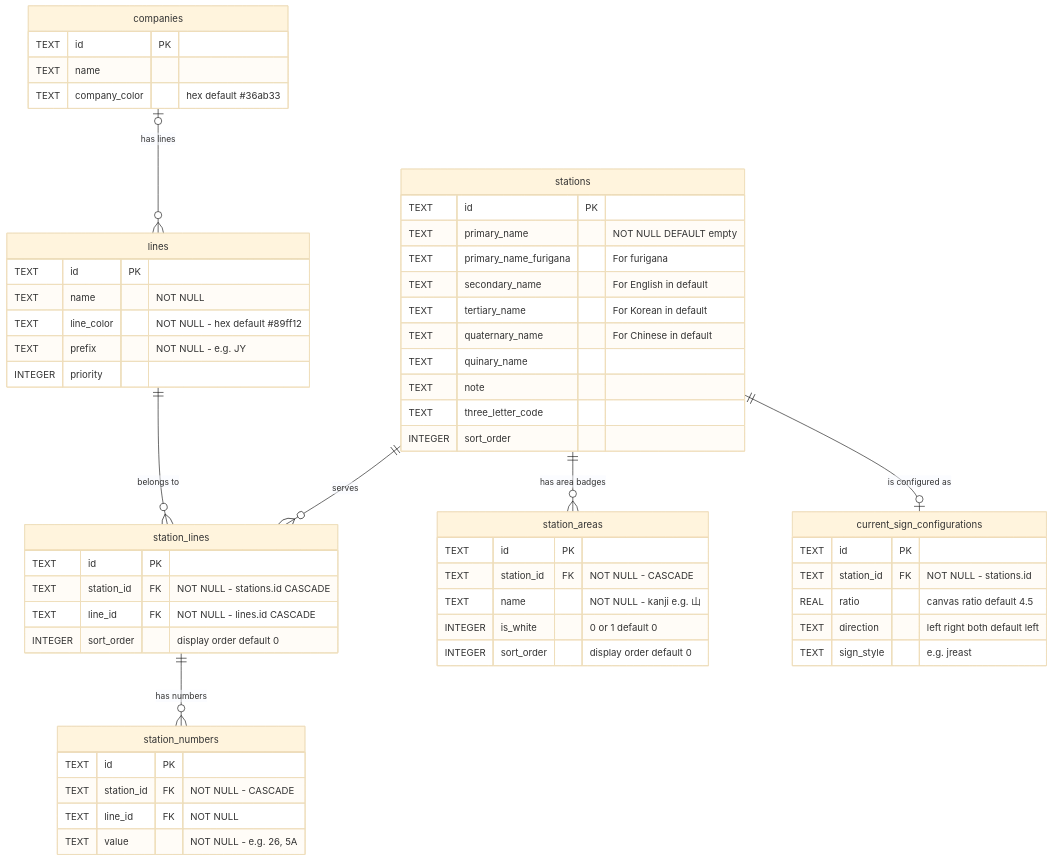
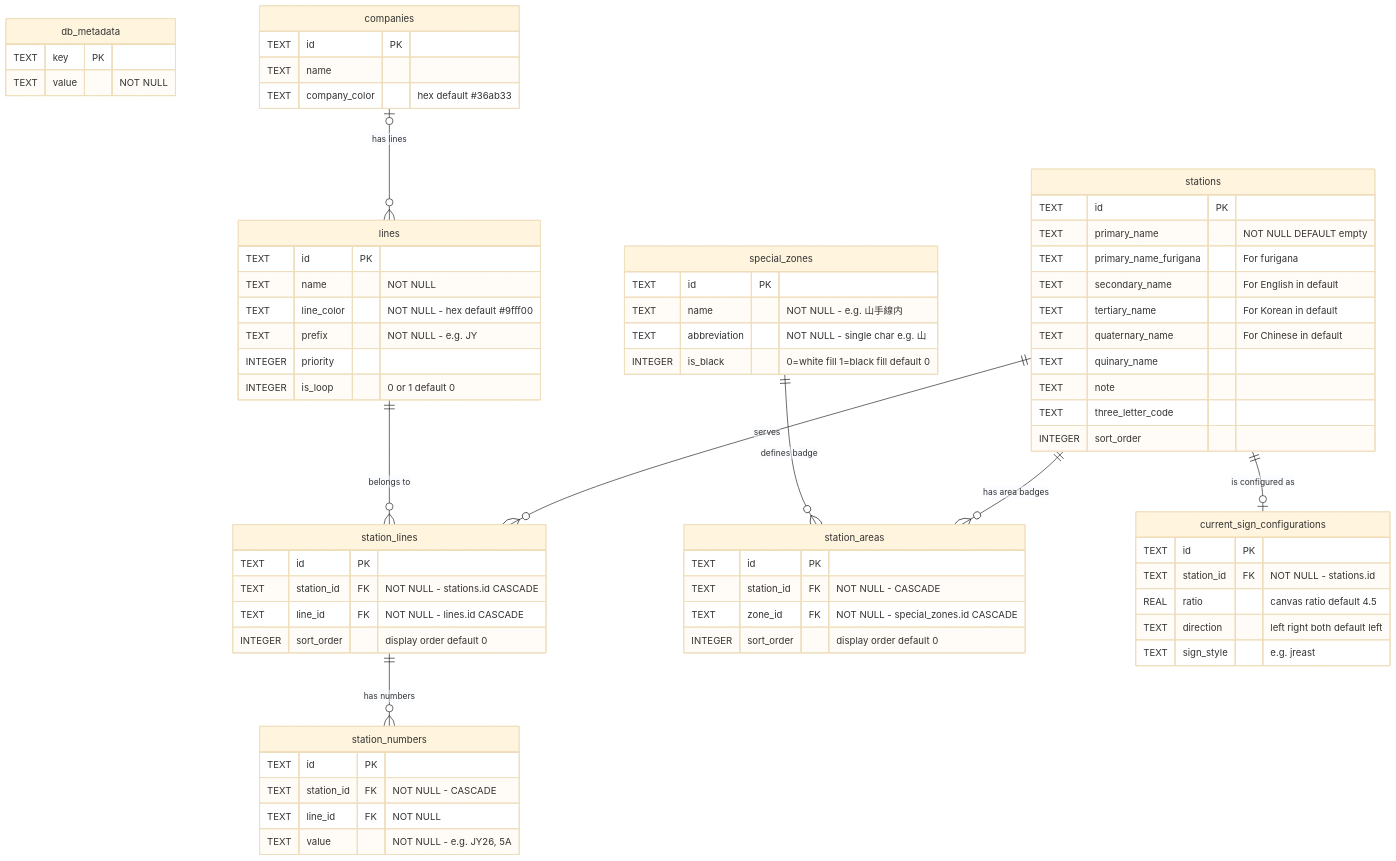
One commit to BlueShapes/station-sign-generator changed the diagram in .claude/output/er-diagram.mmd. Above: the diagram before and after it, drawn with Mermaid (base theme). The commit also changed 21 other files, not shown here.

```diff
--- a/.claude/output/er-diagram.mmd
+++ b/.claude/output/er-diagram.mmd
@@ -1,64 +1,77 @@
 erDiagram
+    db_metadata {
+        TEXT key PK
+        TEXT value "NOT NULL"
+    }
+
     companies {
         TEXT id PK
         TEXT name
         TEXT company_color "hex default #36ab33"
     }
 
     lines {
         TEXT id PK
         TEXT name "NOT NULL"
-        TEXT line_color "NOT NULL - hex default #89ff12"
+        TEXT line_color "NOT NULL - hex default #9fff00"
         TEXT prefix "NOT NULL - e.g. JY"
         INTEGER priority
+        INTEGER is_loop "0 or 1 default 0"
     }
 
     stations {
         TEXT id PK
         TEXT primary_name "NOT NULL DEFAULT empty"
         TEXT primary_name_furigana "For furigana"
         TEXT secondary_name "For English in default"
         TEXT tertiary_name "For Korean in default"
         TEXT quaternary_name "For Chinese in default"
         TEXT quinary_name
         TEXT note
         TEXT three_letter_code
         INTEGER sort_order
     }
 
     station_lines {
         TEXT id PK
         TEXT station_id FK "NOT NULL - stations.id CASCADE"
         TEXT line_id FK "NOT NULL - lines.id CASCADE"
         INTEGER sort_order "display order default 0"
     }
 
     station_numbers {
         TEXT id PK
         TEXT station_id FK "NOT NULL - CASCADE"
         TEXT line_id FK "NOT NULL"
-        TEXT value "NOT NULL - e.g. 26, 5A"
+        TEXT value "NOT NULL - e.g. JY26, 5A"
+    }
+
+    special_zones {
+        TEXT id PK
+        TEXT name "NOT NULL - e.g. 山手線内"
+        TEXT abbreviation "NOT NULL - single char e.g. 山"
+        INTEGER is_black "0=white fill 1=black fill default 0"
     }
 
     station_areas {
         TEXT id PK
         TEXT station_id FK "NOT NULL - CASCADE"
-        TEXT name "NOT NULL - kanji e.g. 山"
-        INTEGER is_white "0 or 1 default 0"
+        TEXT zone_id FK "NOT NULL - special_zones.id CASCADE"
         INTEGER sort_order "display order default 0"
     }
 
     current_sign_configurations {
         TEXT id PK
         TEXT station_id FK "NOT NULL - stations.id"
         REAL ratio "canvas ratio default 4.5"
         TEXT direction "left right both default left"
         TEXT sign_style "e.g. jreast"
     }
 
     companies |o--o{ lines : "has lines"
     lines ||--o{ station_lines : "belongs to"
     stations ||--o{ station_lines : "serves"
     station_lines ||--o{ station_numbers : "has numbers"
+    special_zones ||--o{ station_areas : "defines badge"
     stations ||--o{ station_areas : "has area badges"
     stations ||--o| current_sign_configurations : "is configured as"
```
